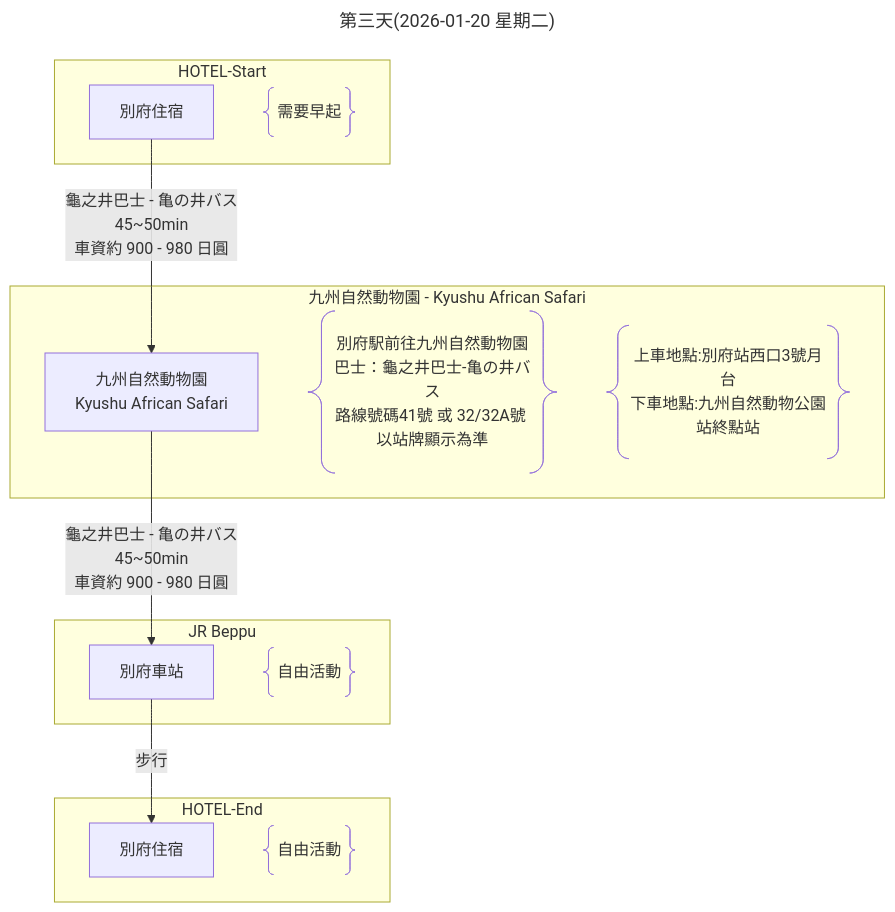
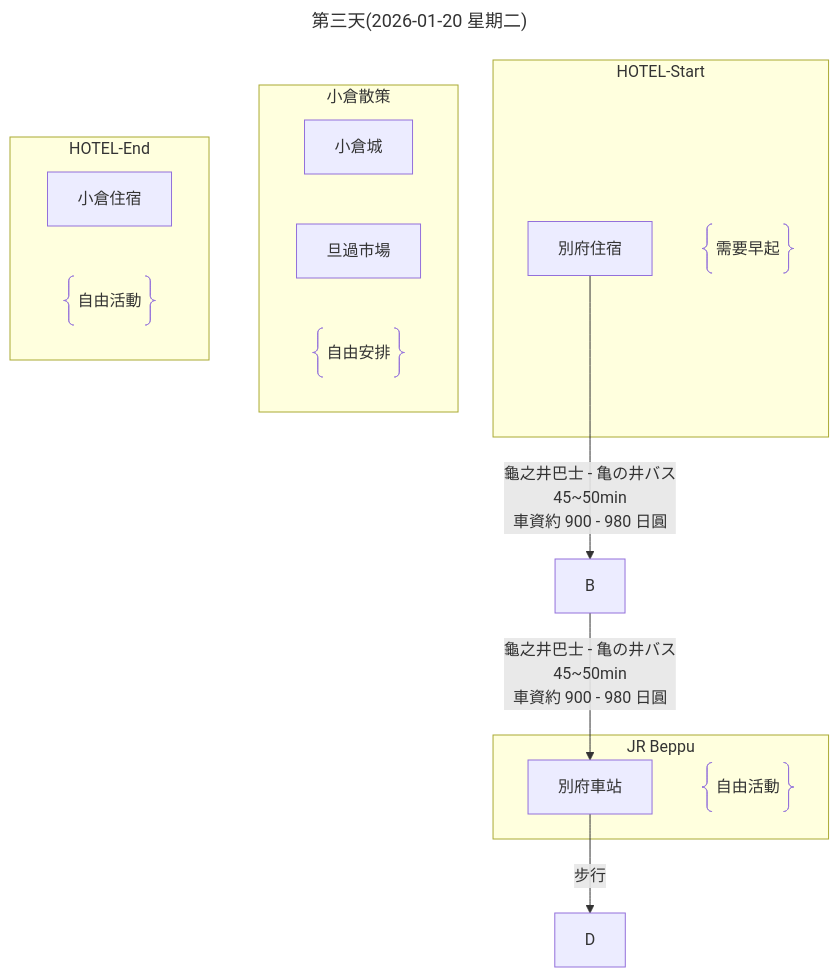
Before and after one commit to Shuming-Yang/2026-January-Trip: the third of 6 diagrams in 行程規劃A.md, drawn with Mermaid. The commit also changed other lines of this file, not shown here.

````diff
--- a/行程規劃A.md
+++ b/行程規劃A.md
@@ -128,26 +130,26 @@
 ```mermaid
 ---
 title: 第三天(2026-01-20 星期二)
 ---
 flowchart
     subgraph HOTEL-Start
         A[別府住宿]
         A1@{ shape: braces, label: "需要早起" }
     end
-    subgraph 九州自然動物園 - Kyushu African Safari
-        B[九州自然動物園<br>Kyushu African Safari]
-        B1@{ shape: braces, label: "別府駅前往九州自然動物園<br>巴士：龜之井巴士-亀の井バス<br>路線號碼41號 或 32/32A號 以站牌顯示為準"}
-        B2@{ shape: braces, label: "上車地點:別府站西口3號月台<br>下車地點:九州自然動物公園站終點站"}
-    end
     subgraph JR Beppu
         C[別府車站]
         C1@{ shape: braces, label: "自由活動" }
     end
+    subgraph 小倉散策
+        D1[小倉城]
+        D2[旦過市場]
+        DD@{ shape: braces, label: "自由安排" }
+    end
     subgraph HOTEL-End
-        D[別府住宿]
-        D1@{ shape: braces, label: "自由活動" }
+        E[小倉住宿]
+        E1@{ shape: braces, label: "自由活動" }
     end
     A --> |龜之井巴士 - 亀の井バス<br>45~50min<br>車資約 900 - 980 日圓| B
     B --> |龜之井巴士 - 亀の井バス<br>45~50min<br>車資約 900 - 980 日圓| C
     C --> |步行| D
 ```
````
